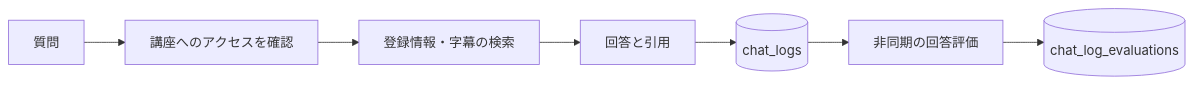
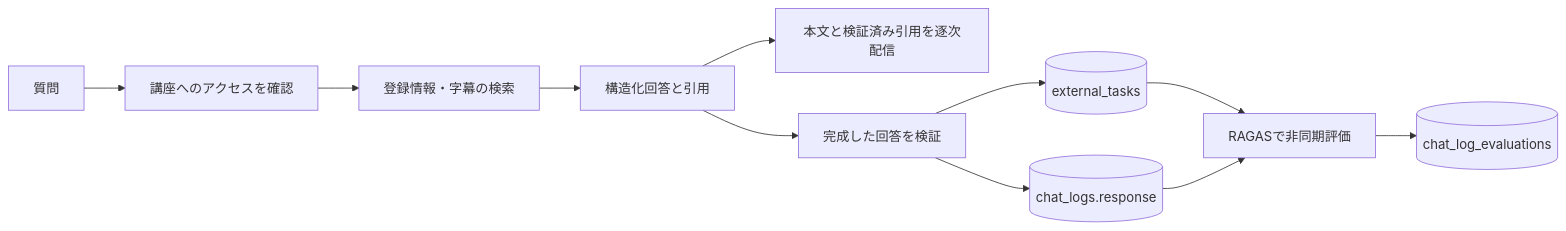
One commit to yukiharada1228/videoq changed the second of 2 diagrams in apps/docs/i18n/ja/docusaurus-plugin-content-docs/current/database/data-flow-diagram.md. Above: the diagram before and after it, drawn with Mermaid. The commit also changed other lines of this file and 25 other files, not shown here.

````diff
--- a/apps/docs/i18n/ja/docusaurus-plugin-content-docs/current/database/data-flow-diagram.md
+++ b/apps/docs/i18n/ja/docusaurus-plugin-content-docs/current/database/data-flow-diagram.md
@@ -27,9 +27,13 @@
 ```mermaid
 flowchart LR
     Question[質問] --> Access[講座へのアクセスを確認]
     Access --> Context[登録情報・字幕の検索]
-    Context --> Answer[回答と引用]
-    Answer --> Logs[(chat_logs)]
-    Logs --> Evaluation[非同期の回答評価]
+    Context --> Answer[構造化回答と引用]
+    Answer --> Browser[本文と検証済み引用を逐次配信]
+    Answer --> Validate[完成した回答を検証]
+    Validate --> Logs[(chat_logs.response)]
+    Validate --> Outbox[(external_tasks)]
+    Outbox --> Evaluation[RAGASで非同期評価]
+    Logs --> Evaluation
     Evaluation --> Scores[(chat_log_evaluations)]
 ```
````
